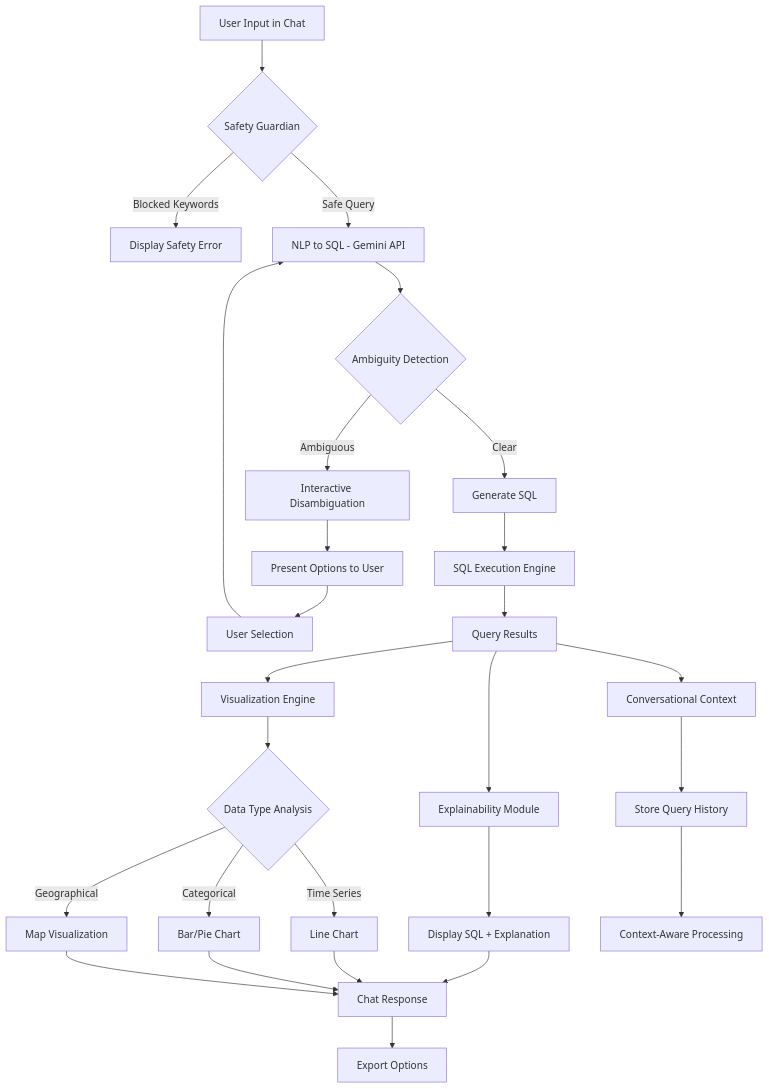
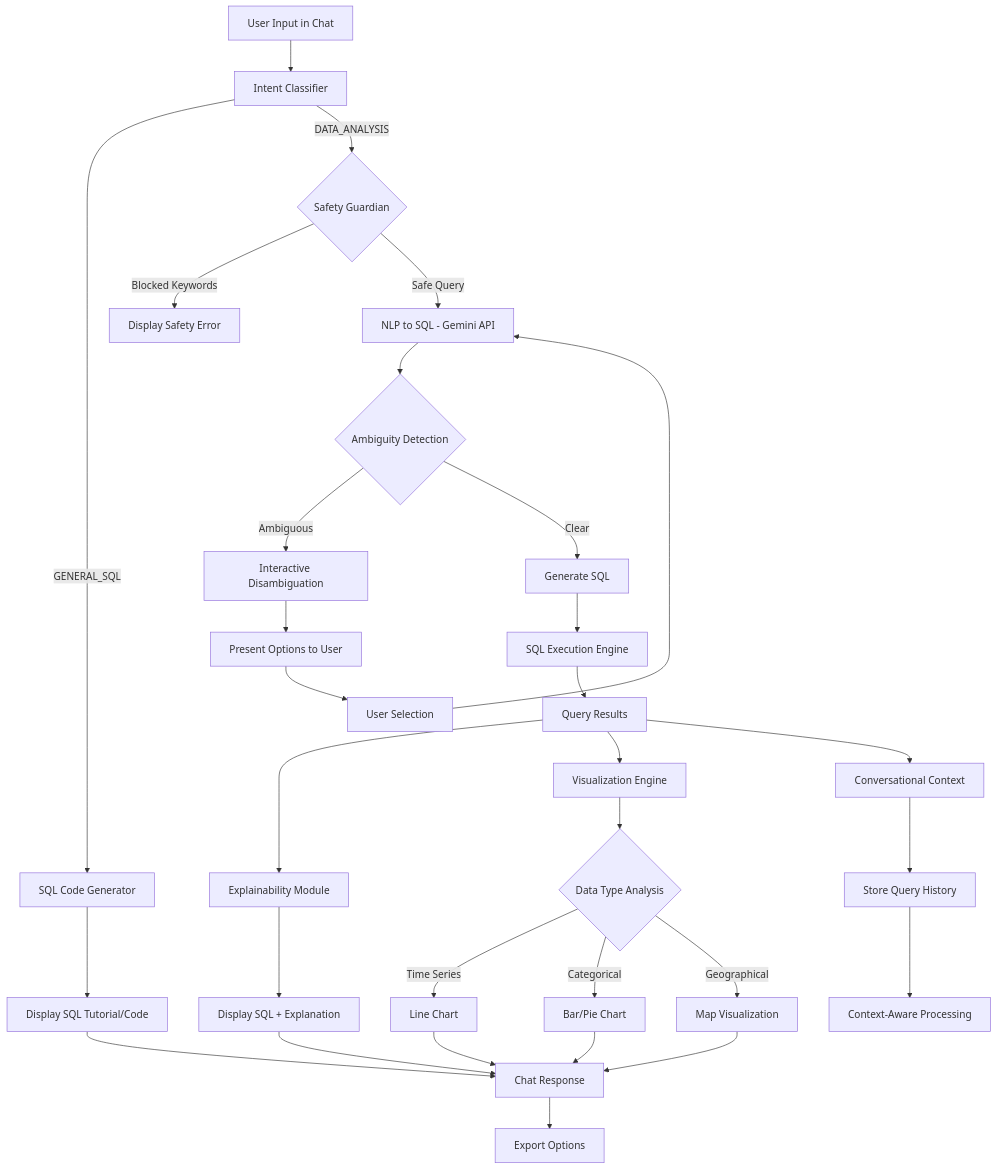
The diagram in docs/Implementation.md (MarcusMQF/ByeDB), drawn with Mermaid before and after one commit. The commit also changed other lines of this file and 4 other files, not shown here.

````diff
--- a/docs/Implementation.md
+++ b/docs/Implementation.md
@@ -142,35 +91,42 @@
 ```mermaid
 graph TD
-    A[User Input in Chat] --> B{Safety Guardian}
-    B -->|Blocked Keywords| C[Display Safety Error]
-    B -->|Safe Query| D[NLP to SQL - Gemini API]
+    A[User Input in Chat] --> B[Intent Classifier]
+    B -->|GENERAL_SQL| C[SQL Code Generator]
+    B -->|DATA_ANALYSIS| D{Safety Guardian}
     
-    D --> E{Ambiguity Detection}
-    E -->|Ambiguous| F[Interactive Disambiguation]
-    F --> G[Present Options to User]
-    G --> H[User Selection]
-    H --> D
+    C --> E[Display SQL Tutorial/Code]
     
-    E -->|Clear| I[Generate SQL]
-    I --> J[SQL Execution Engine]
-    J --> K[Query Results]
+    D -->|Blocked Keywords| F[Display Safety Error]
+    D -->|Safe Query| G[NLP to SQL - Gemini API]
     
-    K --> L[Explainability Module]
-    L --> M[Display SQL + Explanation]
+    G --> H{Ambiguity Detection}
+    H -->|Ambiguous| I[Interactive Disambiguation]
+    H -->|Clear| J[Generate SQL]
     
-    K --> N[Visualization Engine]
-    N --> O{Data Type Analysis}
-    O -->|Time Series| P[Line Chart]
-    O -->|Categorical| Q[Bar/Pie Chart]
-    O -->|Geographical| R[Map Visualization]
+    I --> K[Present Options to User]
+    K --> L[User Selection]
+    L --> G
     
-    K --> S[Conversational Context]
-    S --> T[Store Query History]
-    T --> U[Context-Aware Processing]
+    J --> M[SQL Execution Engine]
+    M --> N[Query Results]
     
-    M --> V[Chat Response]
-    P --> V
-    Q --> V
-    R --> V
-    V --> W[Export Options]
+    N --> O[Explainability Module]
+    O --> P[Display SQL + Explanation]
+    
+    N --> Q[Visualization Engine]
+    Q --> R{Data Type Analysis}
+    R -->|Time Series| S[Line Chart]
+    R -->|Categorical| T[Bar/Pie Chart]
+    R -->|Geographical| U[Map Visualization]
+    
+    N --> V[Conversational Context]
+    V --> W[Store Query History]
+    W --> X[Context-Aware Processing]
+    
+    E --> Y[Chat Response]
+    P --> Y
+    S --> Y
+    T --> Y
+    U --> Y
+    Y --> Z[Export Options]
 ```
````
